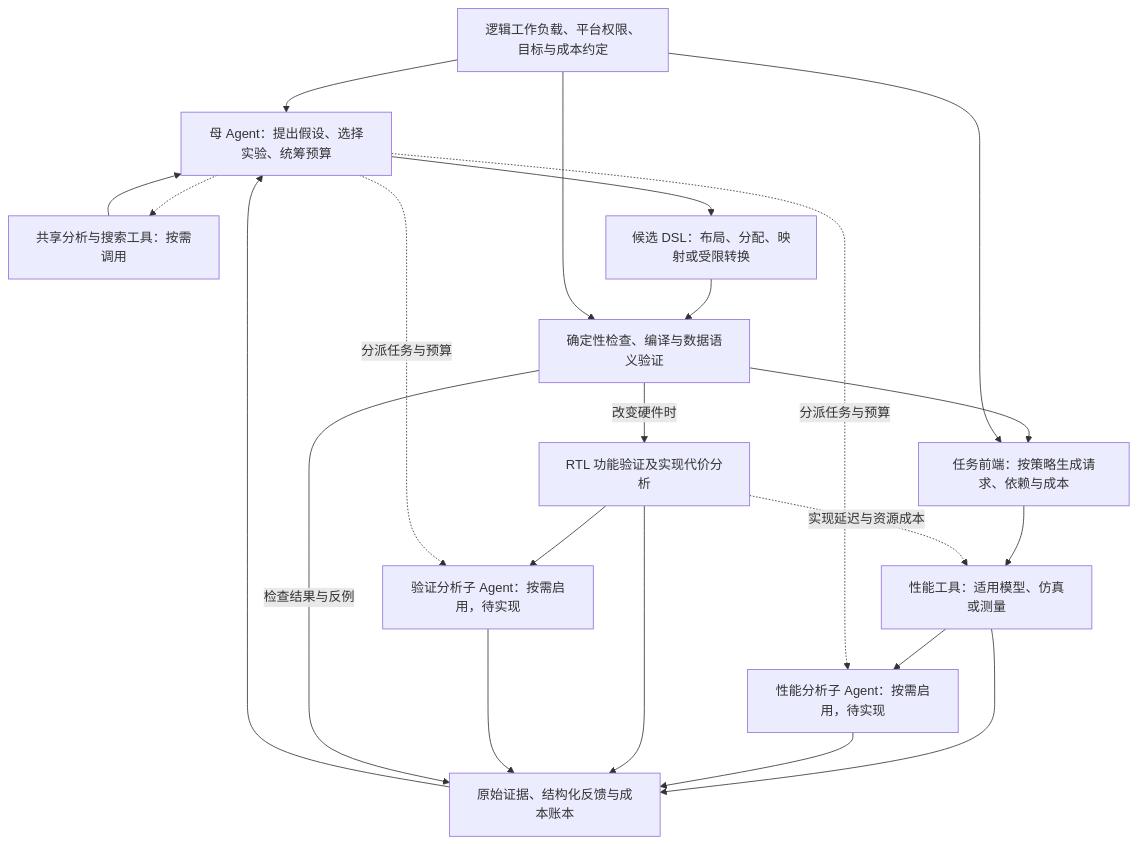
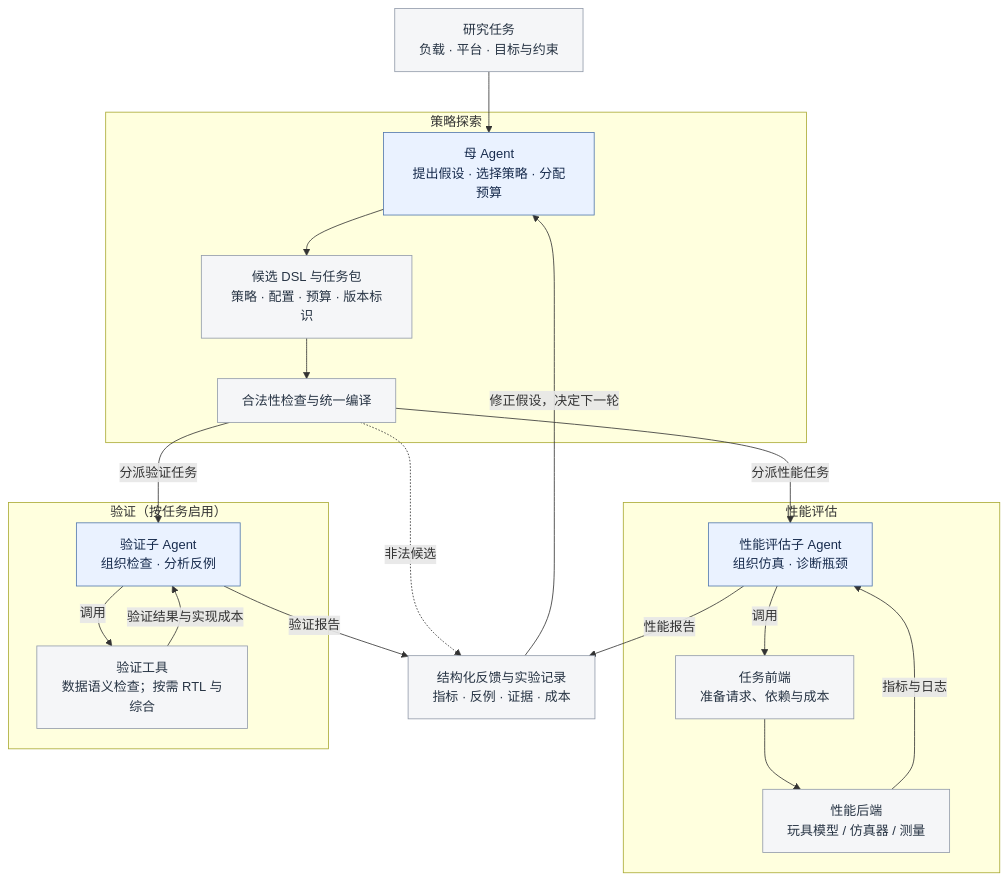
The diagram in README.md (weishiru351-lab/agent_sim_for_HBM), drawn with Mermaid before and after one commit. The commit also changed other lines of this file and 1 other file, not shown here.

Commit message:
Clarify agent delegation and evaluation workflow diagrams

````diff
--- a/README.md
+++ b/README.md
@@ -58,24 +60,39 @@
 ```mermaid
 flowchart TD
-    W["逻辑工作负载、平台权限、目标与成本约定"] --> M["母 Agent：提出假设、选择实验、统筹预算"]
-    M -.-> S["共享分析与搜索工具：按需调用"]
-    S --> M
-    M --> D["候选 DSL：布局、分配、映射或受限转换"]
-    D --> C["确定性检查、编译与数据语义验证"]
-    W --> C
-    C --> F["任务前端：按策略生成请求、依赖与成本"]
-    W --> F
-    F --> PT["性能工具：适用模型、仿真或测量"]
-    PT --> R["原始证据、结构化反馈与成本账本"]
-    PT --> P["性能分析子 Agent：按需启用，待实现"]
-    P --> R
-    C -->|改变硬件时| VT["RTL 功能验证及实现代价分析"]
-    VT --> R
-    VT --> V["验证分析子 Agent：按需启用，待实现"]
-    V --> R
-    VT -.->|实现延迟与资源成本| PT
-    M -.->|分派任务与预算| P
-    M -.->|分派任务与预算| V
-    C -->|检查结果与反例| R
-    R --> M
+    W["研究任务<br/>负载 · 平台 · 目标与约束"] --> M
+
+    subgraph E["策略探索"]
+        M["母 Agent<br/>提出假设 · 选择策略 · 分配预算"]
+        D["候选 DSL 与任务包<br/>策略 · 配置 · 预算 · 版本标识"]
+        C["合法性检查与统一编译"]
+        M --> D --> C
+    end
+
+    subgraph PBranch["性能评估"]
+        P["性能评估子 Agent<br/>组织仿真 · 诊断瓶颈"]
+        F["任务前端<br/>准备请求、依赖与成本"]
+        PT["性能后端<br/>玩具模型 / 仿真器 / 测量"]
+        P -->|调用| F
+        F --> PT
+        PT -->|指标与日志| P
+    end
+
+    subgraph VBranch["验证（按任务启用）"]
+        V["验证子 Agent<br/>组织检查 · 分析反例"]
+        VT["验证工具<br/>数据语义检查；按需 RTL 与综合"]
+        V -->|调用| VT
+        VT -->|验证结果与实现成本| V
+    end
+
+    C -->|分派性能任务| P
+    C -->|分派验证任务| V
+    C -.->|非法候选| R
+    P -->|性能报告| R["结构化反馈与实验记录<br/>指标 · 反例 · 证据 · 成本"]
+    V -->|验证报告| R
+    R -->|修正假设，决定下一轮| M
+
+    classDef agent fill:#eaf2ff,stroke:#5278ad,color:#172b4d
+    classDef tool fill:#f5f6f8,stroke:#929baa,color:#273444
+    class M,P,V agent
+    class W,D,C,F,PT,VT,R tool
 ```
````
